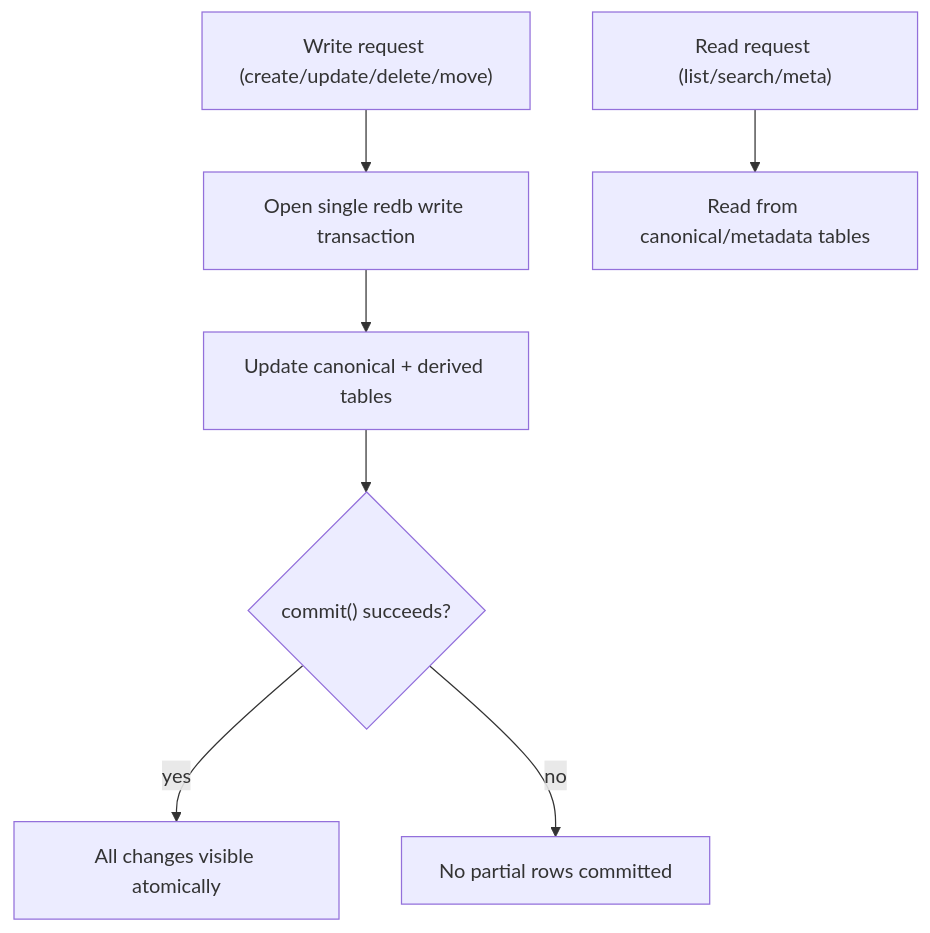
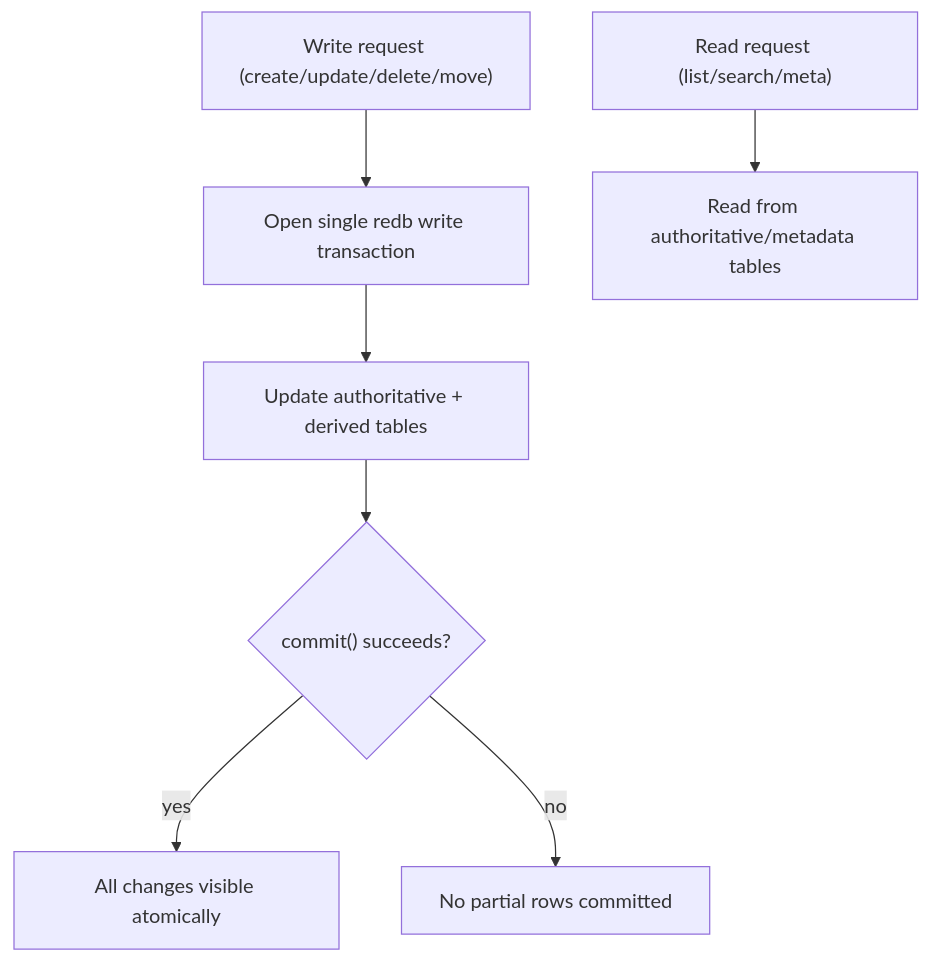
The third of 4 diagrams in docs/architecture.md (pszemraj/localpaste.rs), drawn with Mermaid before and after one commit. The commit also changed other lines of this file and 57 other files, not shown here.

````diff
--- a/docs/architecture.md
+++ b/docs/architecture.md
@@ -137,10 +153,10 @@
 ```mermaid
 flowchart TD
     W["Write request (create/update/delete/move)"] --> T["Open single redb write transaction"]
-    T --> C["Update canonical + derived tables"]
+    T --> C["Update authoritative + derived tables"]
     C --> K{"commit() succeeds?"}
     K -- yes --> OK["All changes visible atomically"]
     K -- no --> ABORT["No partial rows committed"]
 
-    R["Read request (list/search/meta)"] --> I["Read from canonical/metadata tables"]
+    R["Read request (list/search/meta)"] --> I["Read from authoritative/metadata tables"]
 ```
````
